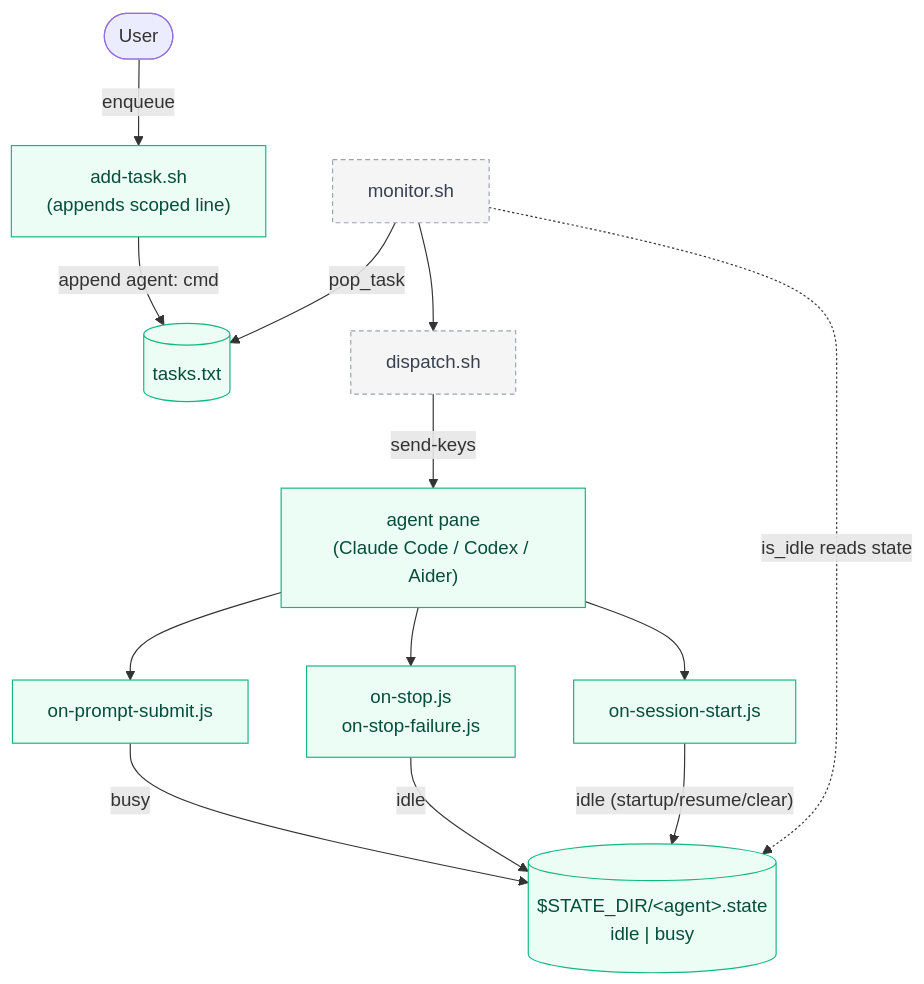
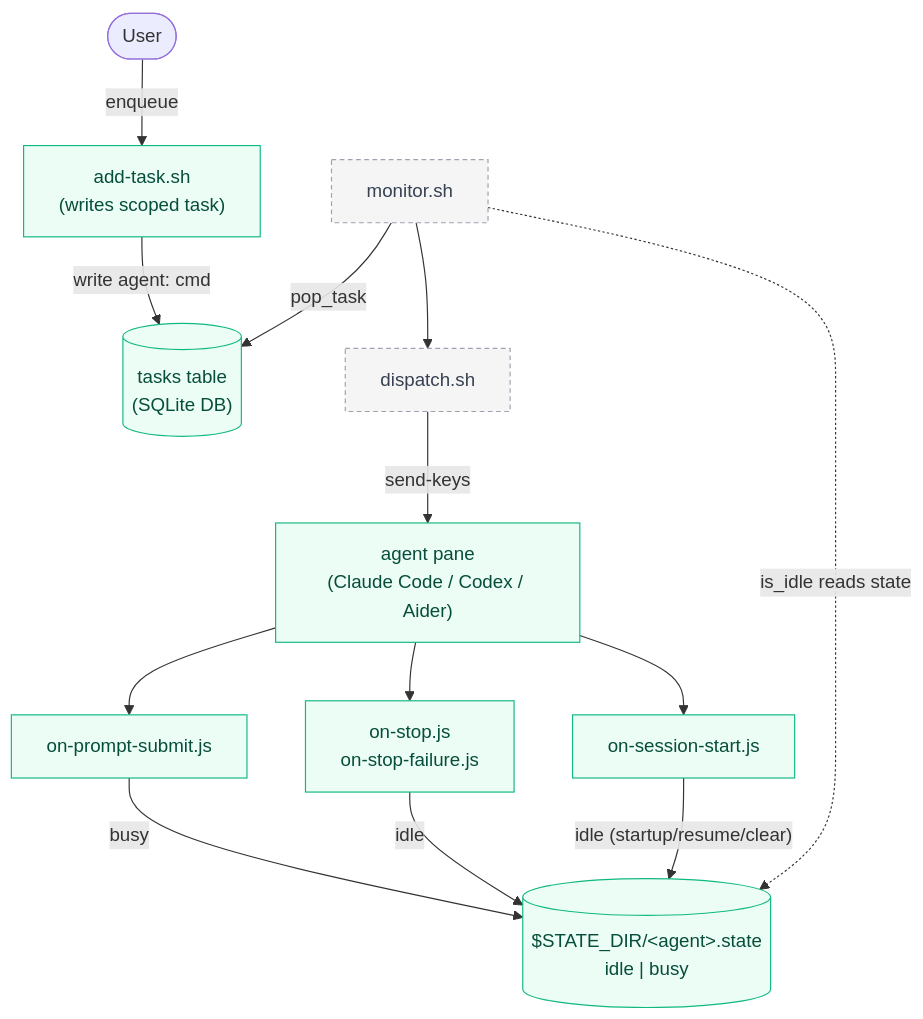
The third of 3 diagrams in scripts/README.md (codewizard-dt/tmux-conductor), drawn with Mermaid before and after one commit. The commit also changed other lines of this file and 91 other files, not shown here.

Commit message:
[minor] Complete SQLite cutover (ROADMAP-001) and portal scaffold (ROADMAP-002); bump versions (2.1.0, 1.1.0, 0.2.0)

````diff
--- a/scripts/README.md
+++ b/scripts/README.md
@@ -68,30 +68,30 @@
 ```mermaid
 flowchart TD
   User([User])
-  AddTask["add-task.sh<br/>(appends scoped line)"]
-  Queue[(tasks.txt)]
+  AddTask["add-task.sh<br/>(writes scoped task)"]
+  Queue[("tasks table\n(SQLite DB)")]
   Pane["agent pane<br/>(Claude Code / Codex / Aider)"]
   PromptHook["on-prompt-submit.js"]
   StopHook["on-stop.js<br/>on-stop-failure.js"]
   SessionHook["on-session-start.js"]
   State[("$STATE_DIR/&lt;agent&gt;.state<br/>idle | busy")]
   Monitor["monitor.sh"]:::ext
   Dispatch["dispatch.sh"]:::ext
 
   User -->|"enqueue"| AddTask
-  AddTask -->|"append agent: cmd"| Queue
+  AddTask -->|"write agent: cmd"| Queue
   Monitor -->|"pop_task"| Queue
   Monitor --> Dispatch
   Dispatch -->|"send-keys"| Pane
   Pane --> PromptHook
   Pane --> StopHook
   Pane --> SessionHook
   PromptHook -->|"busy"| State
   StopHook -->|"idle"| State
   SessionHook -->|"idle (startup/resume/clear)"| State
   Monitor -.->|"is_idle reads state"| State
 
   classDef own fill:#ecfdf5,stroke:#10b981,color:#064e3b
   classDef ext fill:#f5f5f5,stroke:#9ca3af,color:#374151,stroke-dasharray:4 3
   class AddTask,Queue,Pane,PromptHook,StopHook,SessionHook,State own
 ```
````
